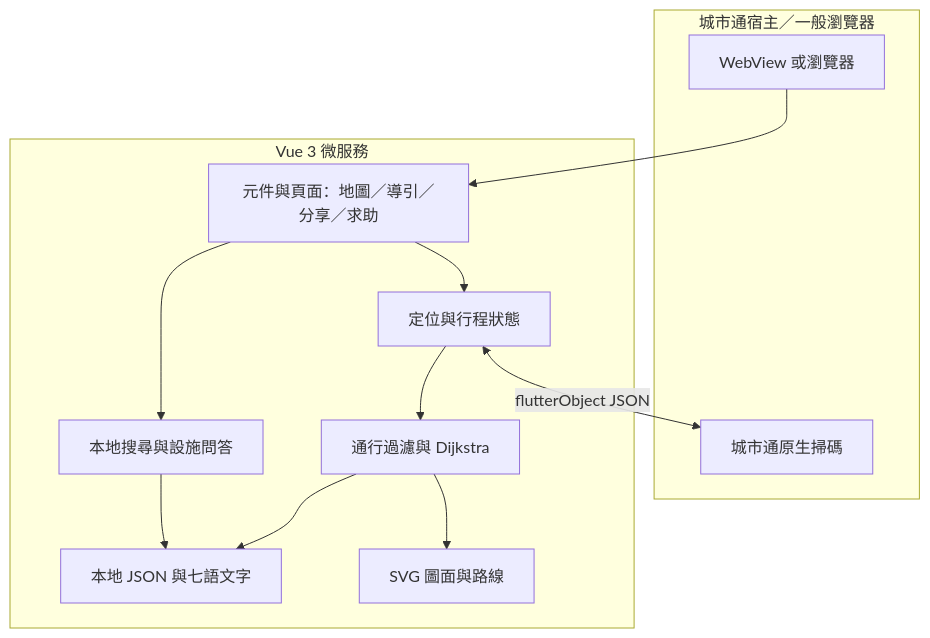
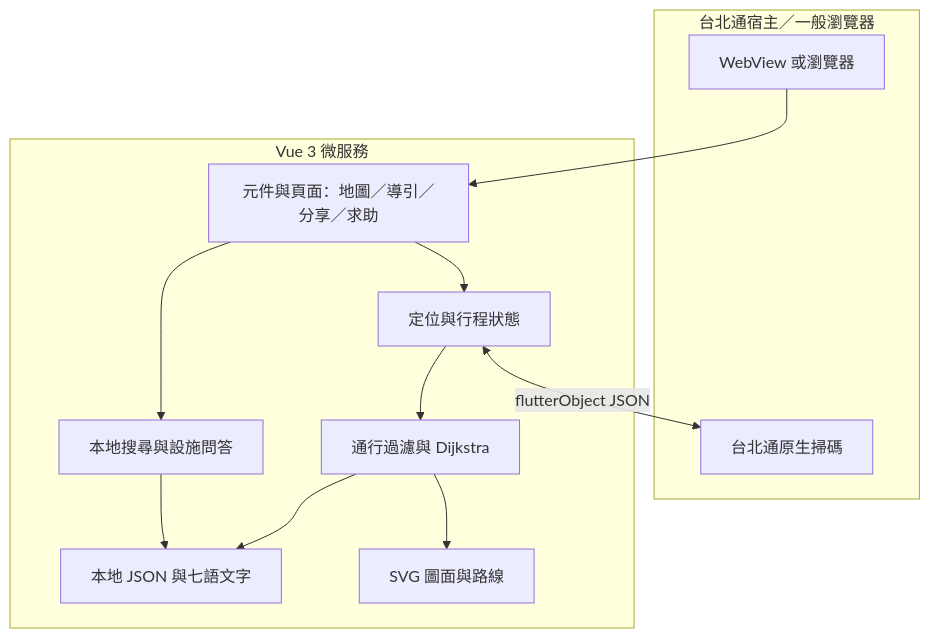
The second of 3 diagrams in README.md (ShiYu0318/CodeFest-2026-Taipei-Maze), drawn with Mermaid before and after one commit. The commit also changed other lines of this file and 9 other files, not shown here.

````diff
--- a/README.md
+++ b/README.md
@@ -137,23 +137,23 @@
 ```mermaid
 flowchart TB
-    subgraph Host[城市通宿主／一般瀏覽器]
+    subgraph Host[台北通宿主／一般瀏覽器]
         WV[WebView 或瀏覽器]
-        QR[城市通原生掃碼]
+        QR[台北通原生掃碼]
     end
     subgraph Web[Vue 3 微服務]
         UI[元件與頁面：地圖／導引／分享／求助]
         Search[本地搜尋與設施問答]
         State[定位與行程狀態]
         Router[通行過濾與 Dijkstra]
         Data[本地 JSON 與七語文字]
         SVG[SVG 圖面與路線]
     end
     WV --> UI
     UI --> Search
     UI --> State
     State --> Router
     Search --> Data
     Router --> Data
     Router --> SVG
     State <-->|flutterObject JSON| QR
 ```
````
